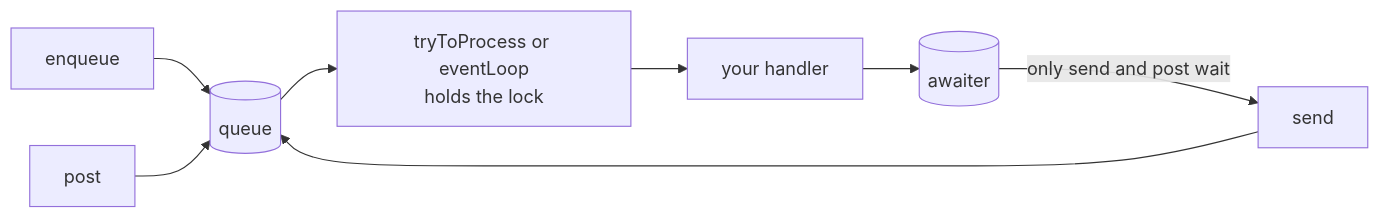
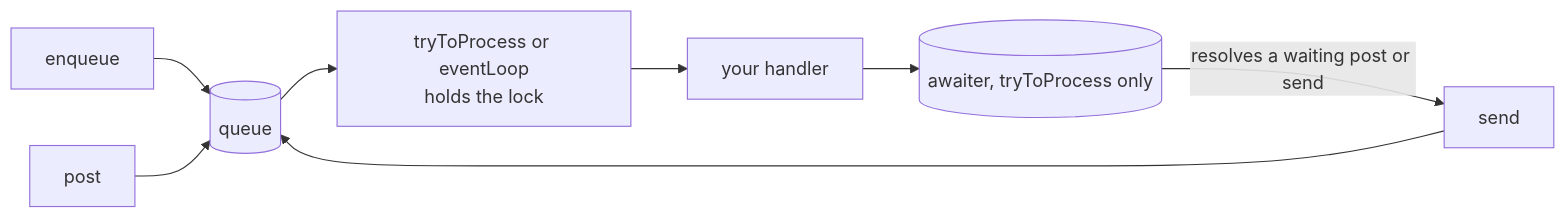
Before and after one commit to yingyeothon/tslib: the first of 4 diagrams in docs/actor-system.md, drawn with Mermaid. The commit also changed other lines of this file and 27 other files, not shown here.

````diff
--- a/docs/actor-system.md
+++ b/docs/actor-system.md
@@ -21,10 +24,10 @@
 ```mermaid
 flowchart LR
   E["enqueue"] --> Q[("queue")]
   P["post"] --> Q
   S["send"] --> Q
   Q --> L["tryToProcess or eventLoop<br/>holds the lock"]
   L --> H["your handler"]
-  H --> AW[("awaiter")]
-  AW -->|"only send and post wait"| S
+  H --> AW[("awaiter, tryToProcess only")]
+  AW -->|"resolves a waiting post or send"| S
 ```
````
